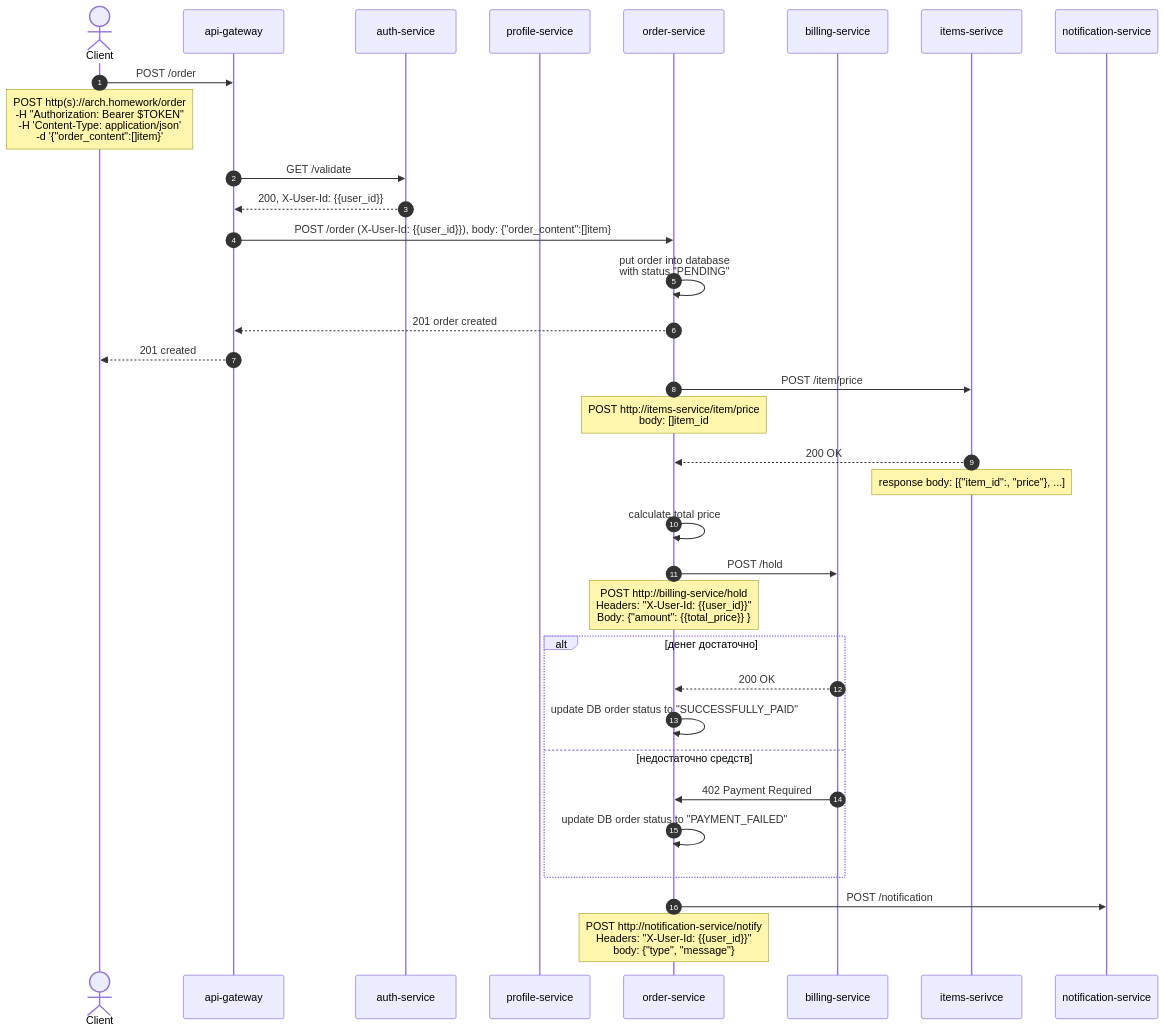
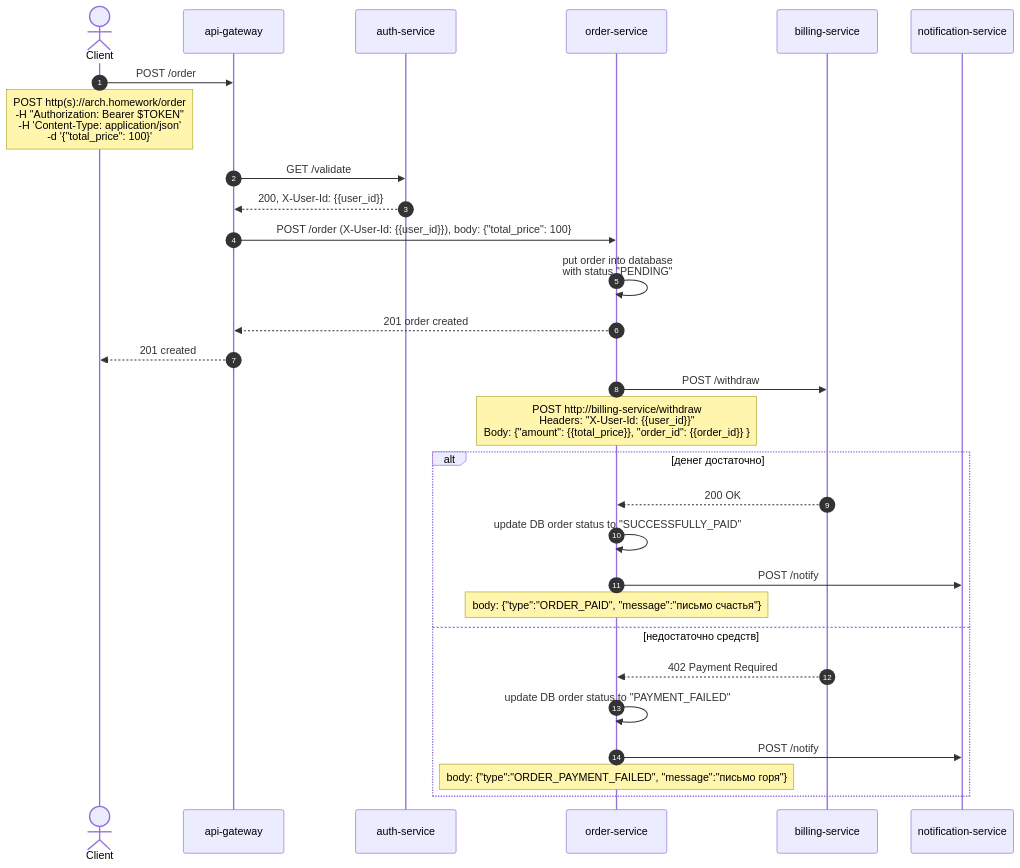
Before and after one commit to n-mark/interaction: the second of 5 diagrams in README.md, drawn with Mermaid. The commit also changed other lines of this file and 10 other files, not shown here.

````diff
--- a/README.md
+++ b/README.md
@@ -34,52 +57,33 @@
 ```mermaid
 sequenceDiagram
     autonumber
     actor C as Client
     participant AG as api-gateway
     participant A as auth-service
-    participant P as profile-service
     participant O as order-service
     participant B as billing-service
-    participant I as items-serivce
     participant N as notification-service
-    %% box external
-    %% participant E as ext-email
-    %% end
 
     C->>AG: POST /order
-    Note over C: POST http(s)://arch.homework/order <br/> -H "Authorization: Bearer $TOKEN"  <br/> -H 'Content-Type: application/json' <br/> -d '{"order_content":[]item}'
-    %% activate P
+    Note over C: POST http(s)://arch.homework/order <br/> -H "Authorization: Bearer $TOKEN"  <br/> -H 'Content-Type: application/json' <br/> -d '{"total_price": 100}'
     AG->>A: GET /validate
     A-->>AG: 200, X-User-Id: {{user_id}}
-    AG->>O: POST /order (X-User-Id: {{user_id}}), body: {"order_content":[]item}
+    AG->>O: POST /order (X-User-Id: {{user_id}}), body: {"total_price": 100}
     O->>O: put order into database <br/> with status "PENDING"
     O-->>AG: 201 order created
     AG-->>C: 201 created
-    O->>I: POST /item/price
-    Note over O: POST http://items-service/item/price <br/> body: []item_id
-    I-->>O: 200 OK
-    Note over I: response body: [{"item_id":, "price"}, ...]
-    O->>O: calculate total price
 
-    O->>B: POST /hold
-    Note over O: POST http://billing-service/hold <br/> Headers: "X-User-Id: {{user_id}}" <br/> Body: {"amount": {{total_price}} }
+    O->>B: POST /withdraw
+    Note over O: POST http://billing-service/withdraw <br/> Headers: "X-User-Id: {{user_id}}" <br/> Body: {"amount": {{total_price}}, "order_id": {{order_id}} }
     alt денег достаточно
         B-->>O: 200 OK
         O->>O: update DB order status to "SUCCESSFULLY_PAID"
+        O->>N: POST /notify
+        Note over O: body: {"type":"ORDER_PAID", "message":"письмо счастья"}
     else недостаточно средств
-        B->>O: 402 Payment Required
+        B-->>O: 402 Payment Required
         O->>O: update DB order status to "PAYMENT_FAILED"
+        O->>N: POST /notify
+        Note over O: body: {"type":"ORDER_PAYMENT_FAILED", "message":"письмо горя"}
     end
-    O->>N: POST /notification
-    Note over O: POST http://notification-service/notify <br/> Headers: "X-User-Id: {{user_id}}" <br/> body: {"type", "message"}
-    %% P->>B: POST /create
-    %% activate B
-    %%Note over P: POST http://billing-service/account <br/> {"user_id": 1}
-    %%B->>P: 201 created
-    %% deactivate B
-    %%P->>C: 201 created
-    %% deactivate P
-
-
-%% Note over P: Holds JWT of user2 (sub=2).<br/>Tries to read/write user1's profile.
 ```
````
